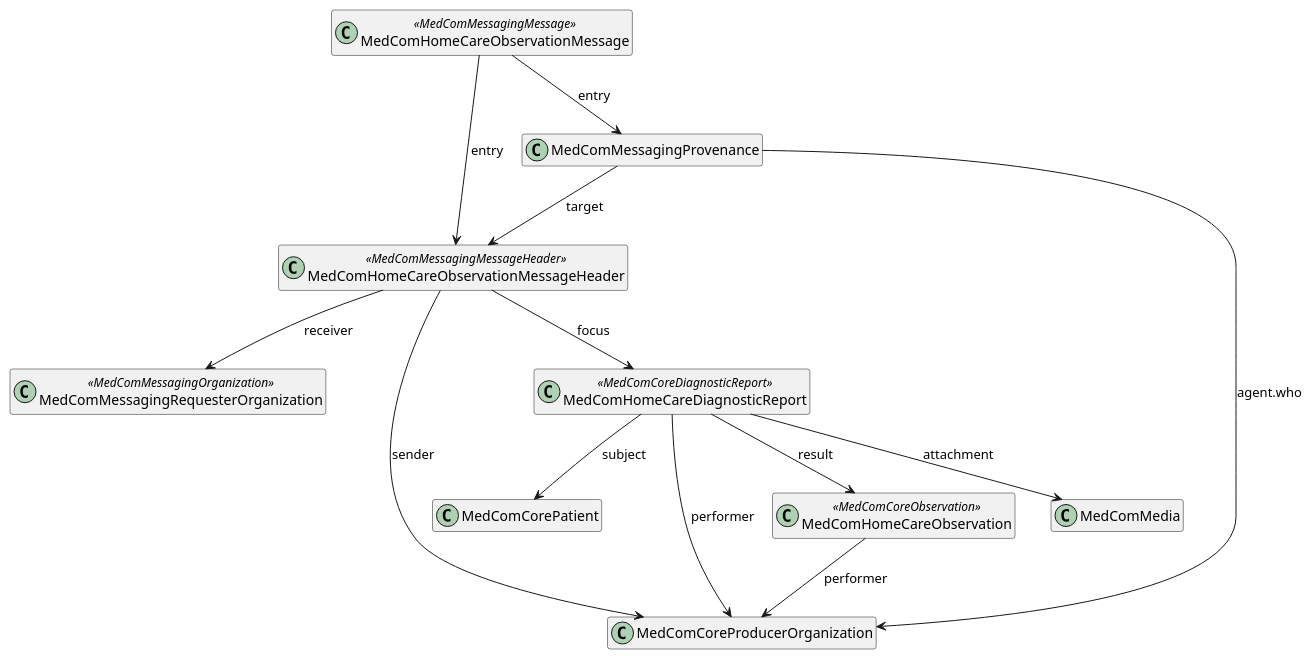
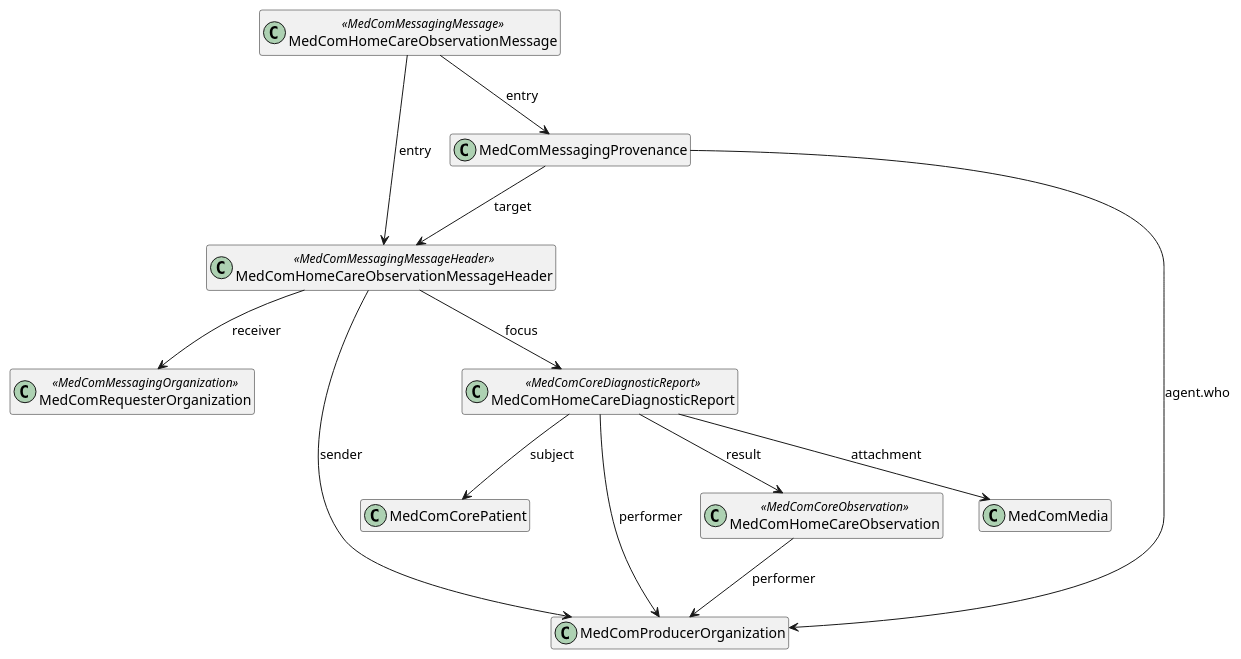
Before and after one commit to medcomdk/dk_MunicipalityObservationResults: the diagram in puml/HomeCareObservartionMessage.puml, drawn with PlantUML. The commit also changed 2 other files, not shown here.

```diff
--- a/puml/HomeCareObservartionMessage.puml
+++ b/puml/HomeCareObservartionMessage.puml
@@ -1,30 +1,30 @@
 @startuml HomeCareObservationMessage
 
 hide empty members
 
 top to bottom direction
 
 class "MedComHomeCareObservationMessage" as message <<MedComMessagingMessage>>
 class "MedComHomeCareObservationMessageHeader" as messageheader <<MedComMessagingMessageHeader>>
 class "MedComMessagingProvenance" as provenance
-class "MedComMessagingRequesterOrganization" as observationRequester <<MedComMessagingOrganization>>
+class "MedComRequesterOrganization" as observationRequester <<MedComMessagingOrganization>>
 class "MedComCorePatient" as patient
-class "MedComCoreProducerOrganization" as organization 
+class "MedComProducerOrganization" as organization 
 class "MedComHomeCareDiagnosticReport" as diagnosticReport <<MedComCoreDiagnosticReport>>
 class "MedComHomeCareObservation" as coreobservation <<MedComCoreObservation>>
 class "MedComMedia" as media
 
 message --> messageheader : "entry"
 messageheader --> diagnosticReport : "focus"
 messageheader --> organization : "sender"
 message --> provenance : "entry"
 provenance --> messageheader : "target" 
 provenance --> organization : "agent.who"
 messageheader --> observationRequester : "receiver"
 diagnosticReport --> organization: "performer"
 diagnosticReport --> patient : "subject"
 diagnosticReport --> coreobservation : "result"
 diagnosticReport--> media : "attachment"
 coreobservation --> organization:"performer"
 
 @enduml
```
